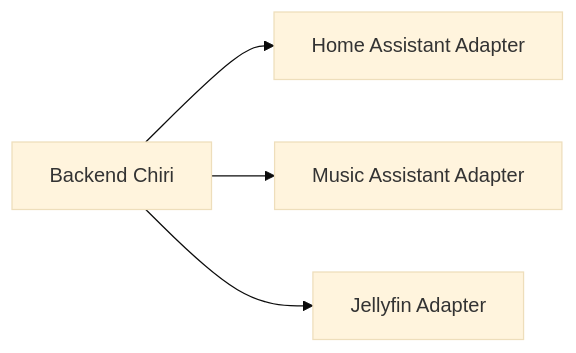
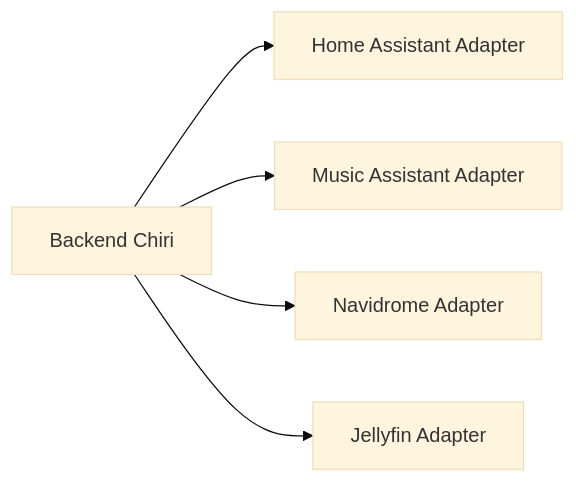
Before and after one commit to chirijose79-ui/Chiri: diagram 11 of 20 in docs/060_API.md, drawn with Mermaid (base theme). The commit also changed other lines of this file, not shown here.

Commit message:
docs: finalize API architecture documentation

````diff
--- a/docs/060_API.md
+++ b/docs/060_API.md
@@ -3634,18 +3886,19 @@
-```mermaid id="8q3m5x"
+```mermaid
 flowchart LR
 
     Backend["Backend Chiri"]
 
     HAAdapter["Home Assistant Adapter"]
 
     MAAdapter["Music Assistant Adapter"]
 
+    NAVAdapter["Navidrome Adapter"]
+
     JFAdapter["Jellyfin Adapter"]
 
 
     Backend --> HAAdapter
-
     Backend --> MAAdapter
-
+    Backend --> NAVAdapter
     Backend --> JFAdapter
 ```
````
